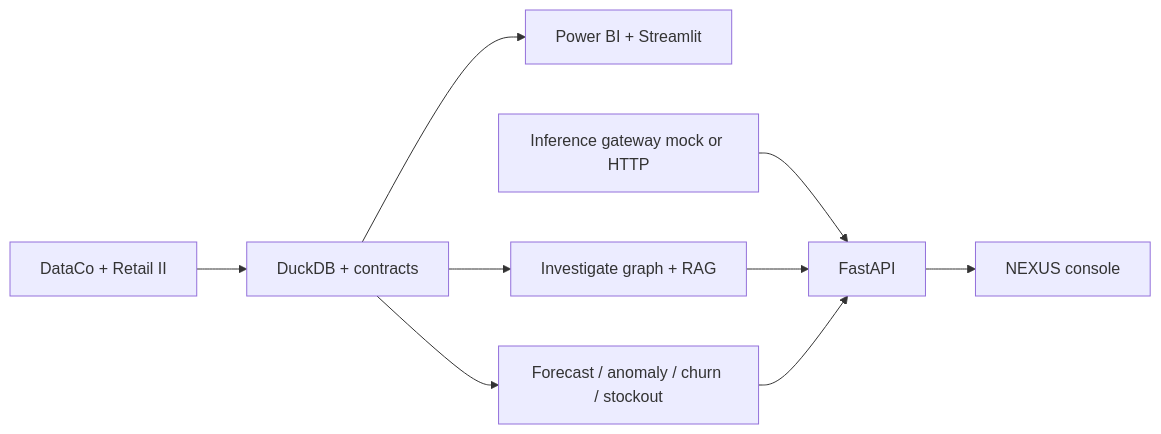
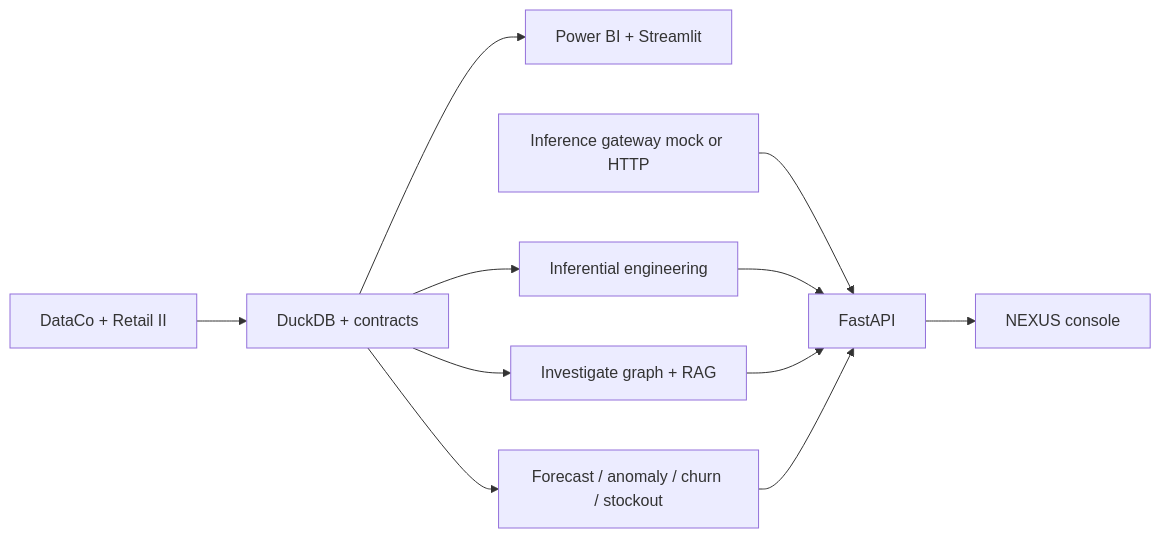
One commit to tnishant082-dev/nexus-decision-intelligence changed the diagram in README.md. Above: the diagram before and after it, drawn with Mermaid. The commit also changed other lines of this file and 14 other files, not shown here.

Commit message:
Add inferential engineering so a contrast must be identified before it can drive an action.

````diff
--- a/README.md
+++ b/README.md
@@ -42,11 +42,13 @@
 ```mermaid
 flowchart LR
   SRC[DataCo + Retail II] --> DE[DuckDB + contracts]
   DE --> BI[Power BI + Streamlit]
   DE --> ML[Forecast / anomaly / churn / stockout]
   DE --> AI[Investigate graph + RAG]
+  DE --> IE[Inferential engineering]
   INF[Inference gateway mock or HTTP] --> API[FastAPI]
+  IE --> API
   AI --> API
   ML --> API
   API --> UI[NEXUS console]
 ```
````
